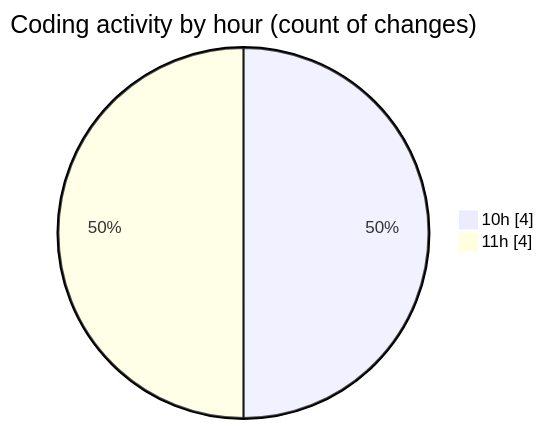
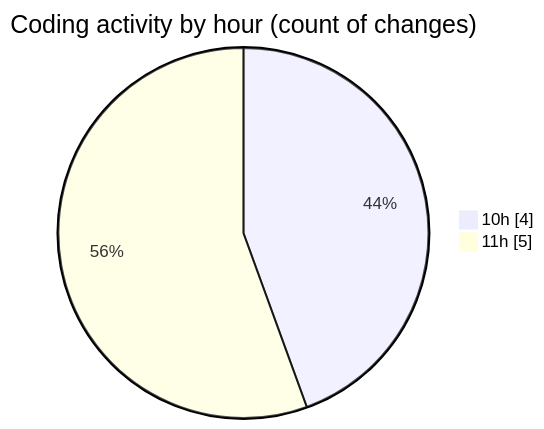
Before and after one commit to nxtqubesakshisongat/code-tracking: the second of 2 diagrams in 2025-09-15/nxtqube_webapp/README.md, drawn with Mermaid. The commit also changed other lines of this file and 1 other file, not shown here.

````diff
--- a/2025-09-15/nxtqube_webapp/README.md
+++ b/2025-09-15/nxtqube_webapp/README.md
@@ -28,6 +29,6 @@
 ```mermaid
 pie showData
 title Coding activity by hour (count of changes)
 "10h" : 4
-"11h" : 4
+"11h" : 5
 ```
````
